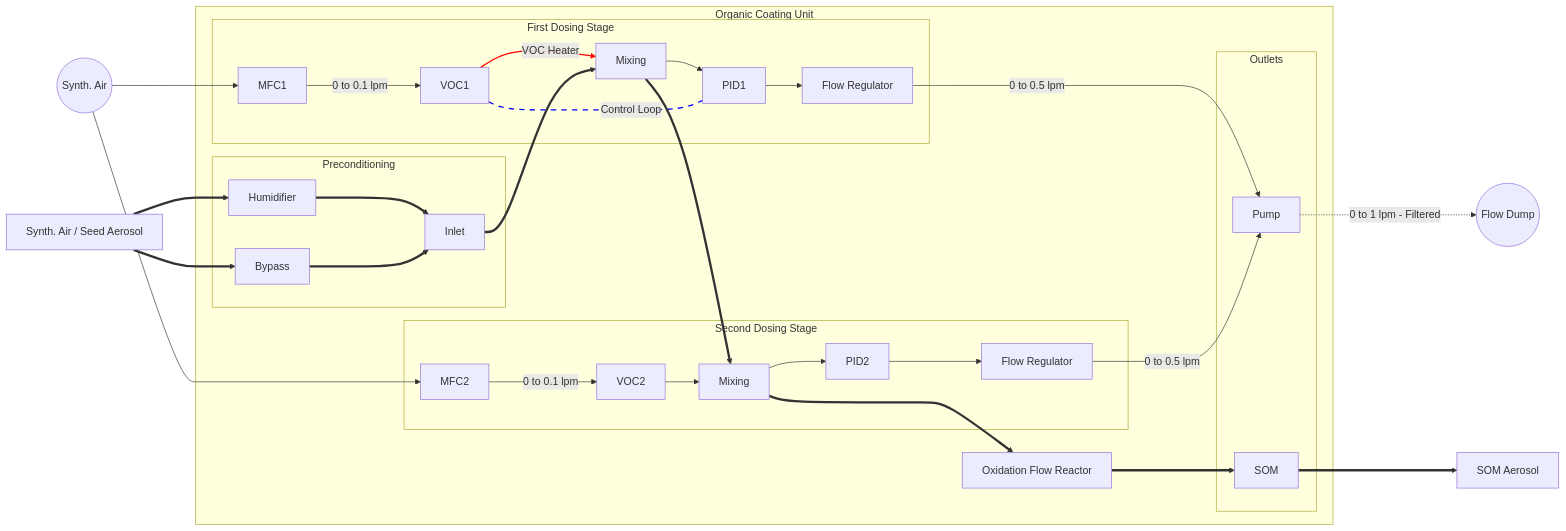
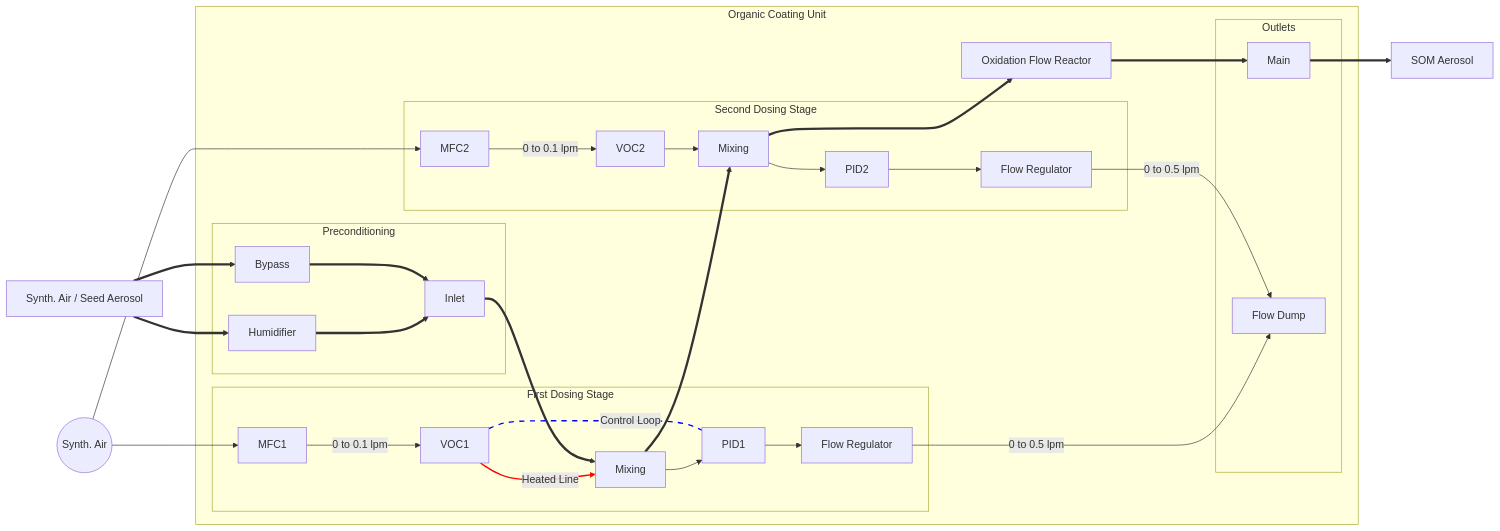
The first of 13 diagrams in docu/quickstart/mermaid.md (alejandrokeller/FATCAT-Scripts), drawn with Mermaid before and after one commit.

````diff
--- a/docu/quickstart/mermaid.md
+++ b/docu/quickstart/mermaid.md
@@ -3,45 +3,44 @@
 ```mermaid
 graph LR
    subgraph Organic Coating Unit
          subgraph Preconditioning
                   rH[Humidifier]
                   Bypass
                   Inlet
                   end
          subgraph Outlets
-                  FO[SOM]
-                  PO[Pump]
+                  FO[Main]
+                  PO[Flow Dump]
                   end
          subgraph First Dosing Stage
                   MFC1
                   Mixing --> PID1
-                  VOC1 -->|VOC Heater| Mixing
+                  VOC1 -->|Heated Line| Mixing
                   PID1 --> f1[Flow Regulator]
                   end
          subgraph Second Dosing Stage
                   MFC2
                   M2[Mixing] --> PID2
                   VOC2 --> M2
                   PID2 --> f2[Flow Regulator]
                   end
          rH ==> Inlet
          Bypass ==> Inlet
          Inlet ==> Mixing
          MFC1 --> |0 to 0.1 lpm| VOC1
          VOC1 -.-|Control Loop| PID1
          Mixing ==> M2
          MFC2 --> |0 to 0.1 lpm| VOC2
          f1 --> |0 to 0.5 lpm| PO
          f2 --> |0 to 0.5 lpm| PO
          M2 ==> OFR[Oxidation Flow Reactor]
          OFR ==> FO
    end
 D((Synth. Air)) --> MFC1
 D --> MFC2
 A[Synth. Air / Seed Aerosol] ==> rH 
 A ==> Bypass
 FO ==> E[SOM Aerosol]
-PO -.0 to 1 lpm - Filtered.-> F((Flow Dump))
 linkStyle 10 stroke:blue,stroke-width:2px,curve:natural,stroke-dasharray: 8 8;
 linkStyle 1 stroke:red,stroke-width:2px,curve:natural;
 ```
````
